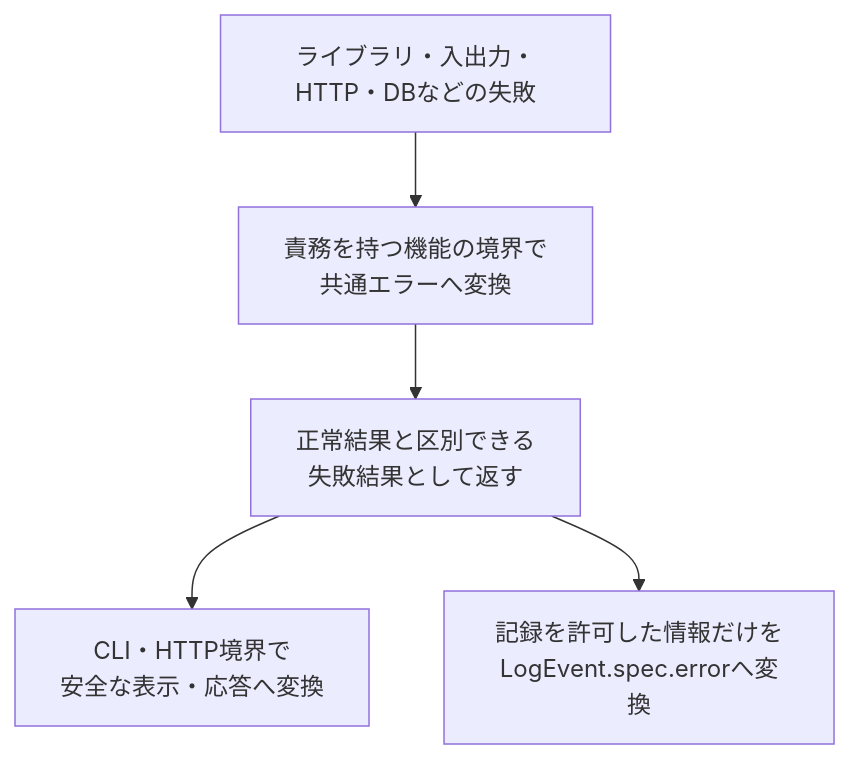
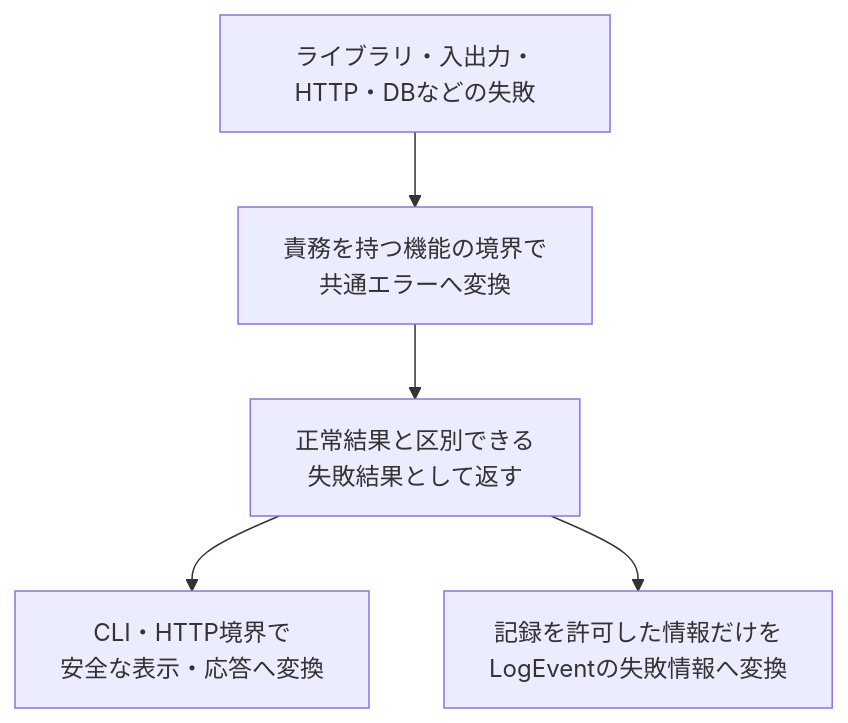
One commit to takashit16833/RAGScope changed the diagram in project-docs/design/エラー設計.md. Above: the diagram before and after it, drawn with Mermaid. The commit also changed other lines of this file and 15 other files, not shown here.

````diff
--- a/project-docs/design/エラー設計.md
+++ b/project-docs/design/エラー設計.md
@@ -58,12 +58,12 @@
 ```mermaid
 flowchart TD
     Failure["ライブラリ・入出力・HTTP・DBなどの失敗"]
     Convert["責務を持つ機能の境界で<br>共通エラーへ変換"]
     Result["正常結果と区別できる<br>失敗結果として返す"]
     Interface["CLI・HTTP境界で<br>安全な表示・応答へ変換"]
-    Log["記録を許可した情報だけを<br>LogEvent.spec.errorへ変換"]
+    Log["記録を許可した情報だけを<br>LogEventの失敗情報へ変換"]
 
     Failure --> Convert --> Result
     Result --> Interface
     Result --> Log
 ```
````
